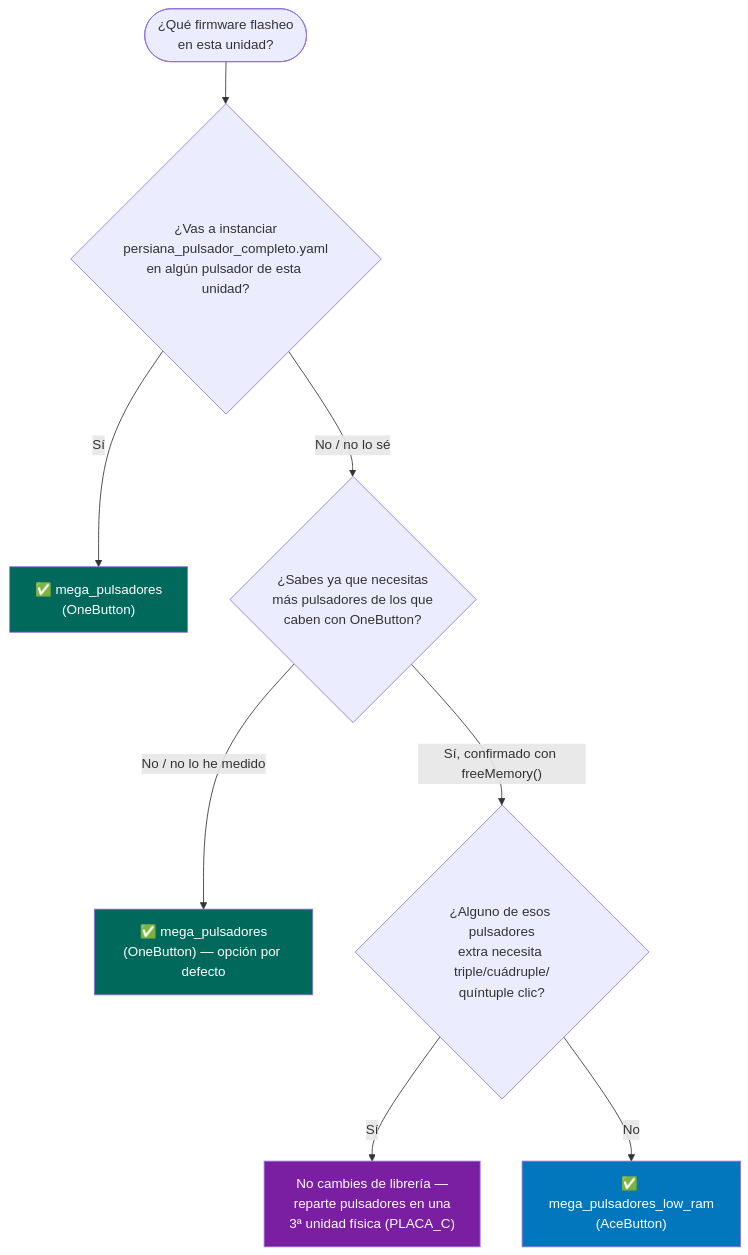
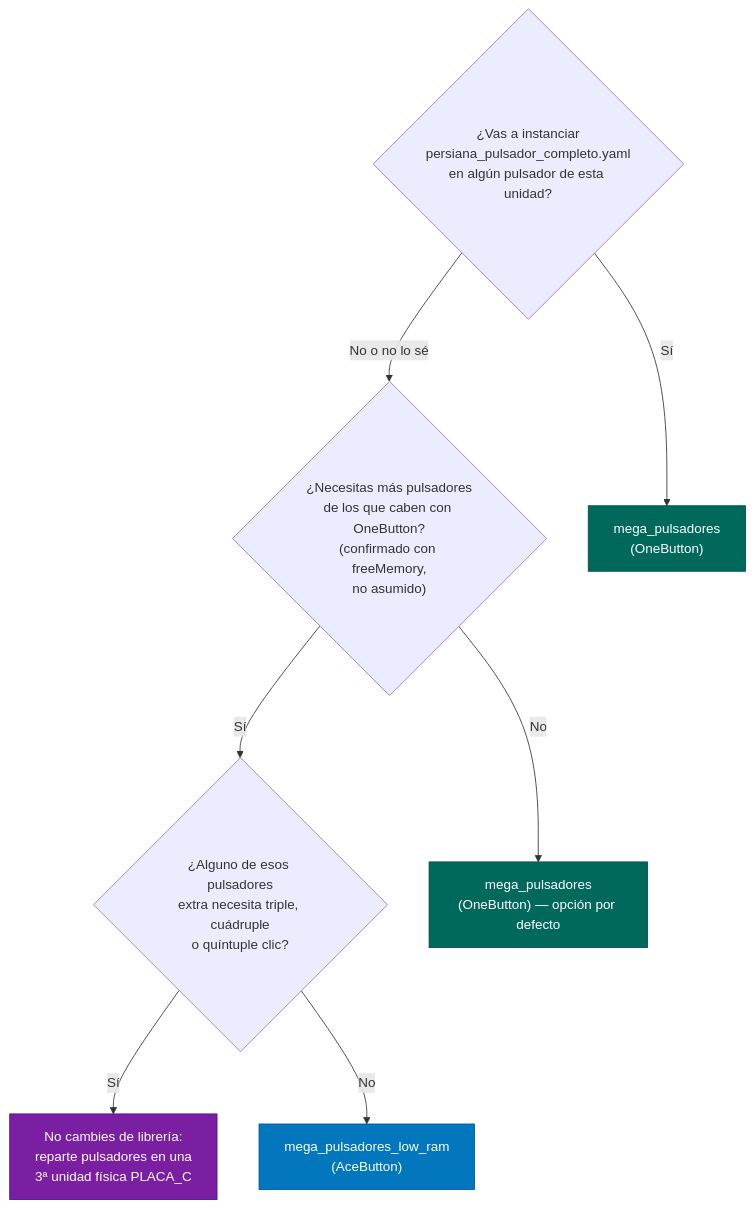
The diagram in docs/docs/firmware/decision.md (GerardUmbert/arduino-mega-mqtt-ha), drawn with Mermaid before and after one commit. The commit also changed other lines of this file and 11 other files, not shown here.

````diff
--- a/docs/docs/firmware/decision.md
+++ b/docs/docs/firmware/decision.md
@@ -5,18 +5,34 @@
 ```mermaid
 flowchart TD
-    Start(["¿Qué firmware flasheo<br/>en esta unidad?"]) --> Q1{"¿Vas a instanciar<br/>persiana_pulsador_completo.yaml<br/>en algún pulsador de esta unidad?"}
+    Q1{"`¿Vas a instanciar
+    persiana_pulsador_completo.yaml
+    en algún pulsador de esta unidad?`"}
+    Q2{"`¿Necesitas más pulsadores
+    de los que caben con OneButton?
+    (confirmado con freeMemory,
+    no asumido)`"}
+    Q3{"`¿Alguno de esos pulsadores
+    extra necesita triple, cuádruple
+    o quíntuple clic?`"}
 
-    Q1 -- "Sí" --> UseOne1["✅ mega_pulsadores<br/>(OneButton)"]
-    Q1 -- "No / no lo sé" --> Q2{"¿Sabes ya que necesitas<br/>más pulsadores de los que<br/>caben con OneButton?"}
+    Q1 -->|Sí| UseOne1["`mega_pulsadores
+    (OneButton)`"]
+    Q1 -->|No o no lo sé| Q2
 
-    Q2 -- "No / no lo he medido" --> UseOne2["✅ mega_pulsadores<br/>(OneButton) — opción por defecto"]
-    Q2 -- "Sí, confirmado con freeMemory()" --> Q3{"¿Alguno de esos pulsadores<br/>extra necesita triple/cuádruple/<br/>quíntuple clic?"}
+    Q2 -->|No| UseOne2["`mega_pulsadores
+    (OneButton) — opción por defecto`"]
+    Q2 -->|Sí| Q3
 
-    Q3 -- "Sí" --> Split["No cambies de librería —<br/>reparte pulsadores en una<br/>3ª unidad física (PLACA_C)"]
-    Q3 -- "No" --> UseLow["✅ mega_pulsadores_low_ram<br/>(AceButton)"]
+    Q3 -->|Sí| Split["`No cambies de librería:
+    reparte pulsadores en una
+    3ª unidad física PLACA_C`"]
+    Q3 -->|No| UseLow["`mega_pulsadores_low_ram
+    (AceButton)`"]
 
-    style UseOne1 fill:#00695c,color:#fff
-    style UseOne2 fill:#00695c,color:#fff
-    style UseLow fill:#0277bd,color:#fff
-    style Split fill:#7b1fa2,color:#fff
+    classDef oneButton fill:#00695c,color:#fff,stroke:#004d40
+    classDef lowRam fill:#0277bd,color:#fff,stroke:#01579b
+    classDef split fill:#7b1fa2,color:#fff,stroke:#4a148c
+    class UseOne1,UseOne2 oneButton
+    class UseLow lowRam
+    class Split split
 ```
````
